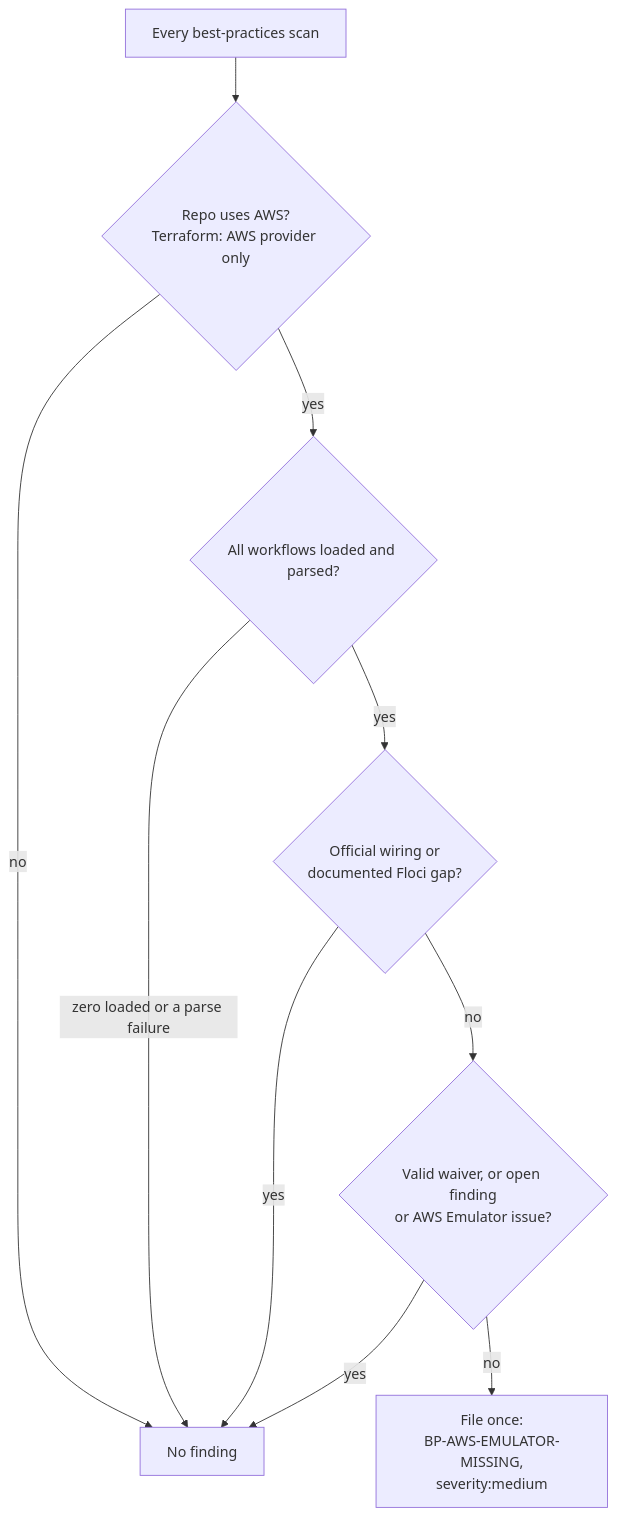
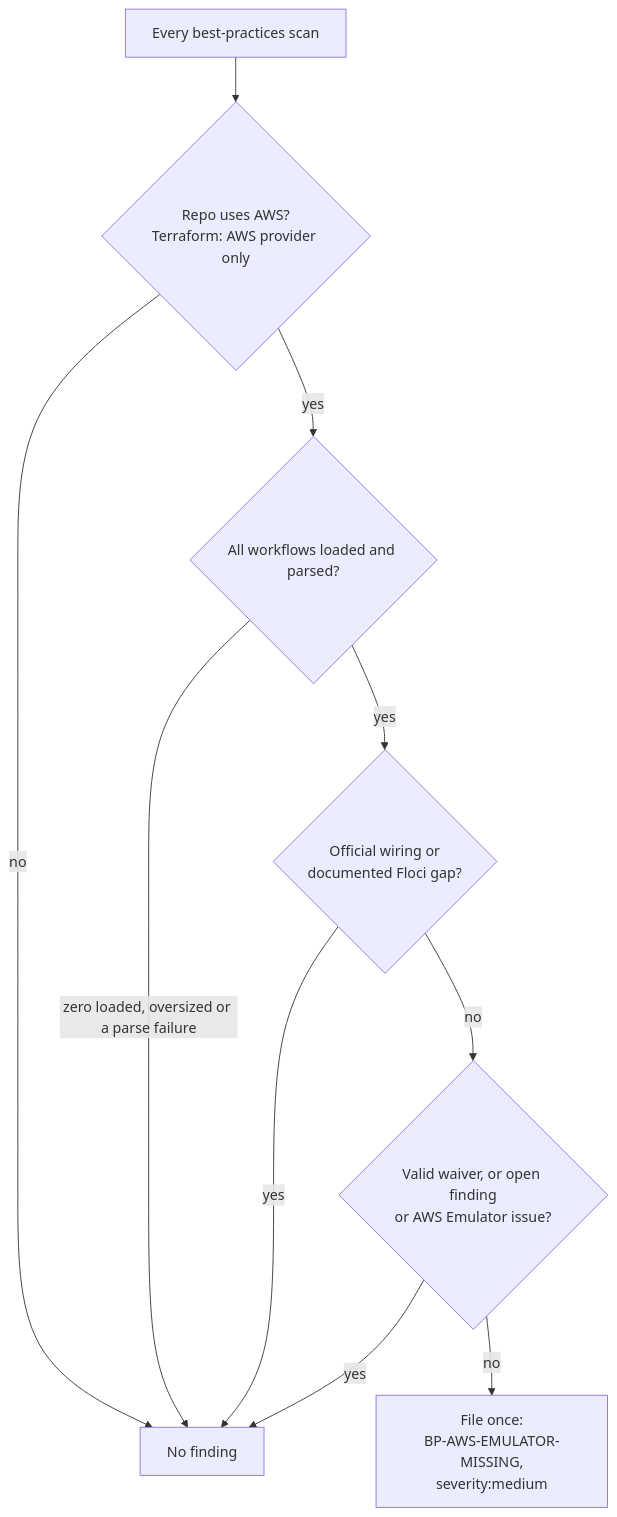
One commit to stSoftwareAU/VibeCoder changed the first of 4 diagrams in docs/BEST-PRACTICES-SCAN.md. Above: the diagram before and after it, drawn with Mermaid. The commit also changed other lines of this file and 7 other files, not shown here.

````diff
--- a/docs/BEST-PRACTICES-SCAN.md
+++ b/docs/BEST-PRACTICES-SCAN.md
@@ -674,12 +682,12 @@
 ```mermaid
 flowchart TD
     A[Every best-practices scan] --> B{Repo uses AWS?<br/>Terraform: AWS provider only}
     B -- no --> Z[No finding]
     B -- yes --> C{All workflows loaded and parsed?}
-    C -- zero loaded or a parse failure --> Z
+    C -- zero loaded, oversized or a parse failure --> Z
     C -- yes --> D{Official wiring or<br/>documented Floci gap?}
     D -- yes --> Z
     D -- no --> E{Valid waiver, or open finding<br/>or AWS Emulator issue?}
     E -- yes --> Z
     E -- no --> F[File once:<br/>BP-AWS-EMULATOR-MISSING,<br/>severity:medium]
 ```
````
